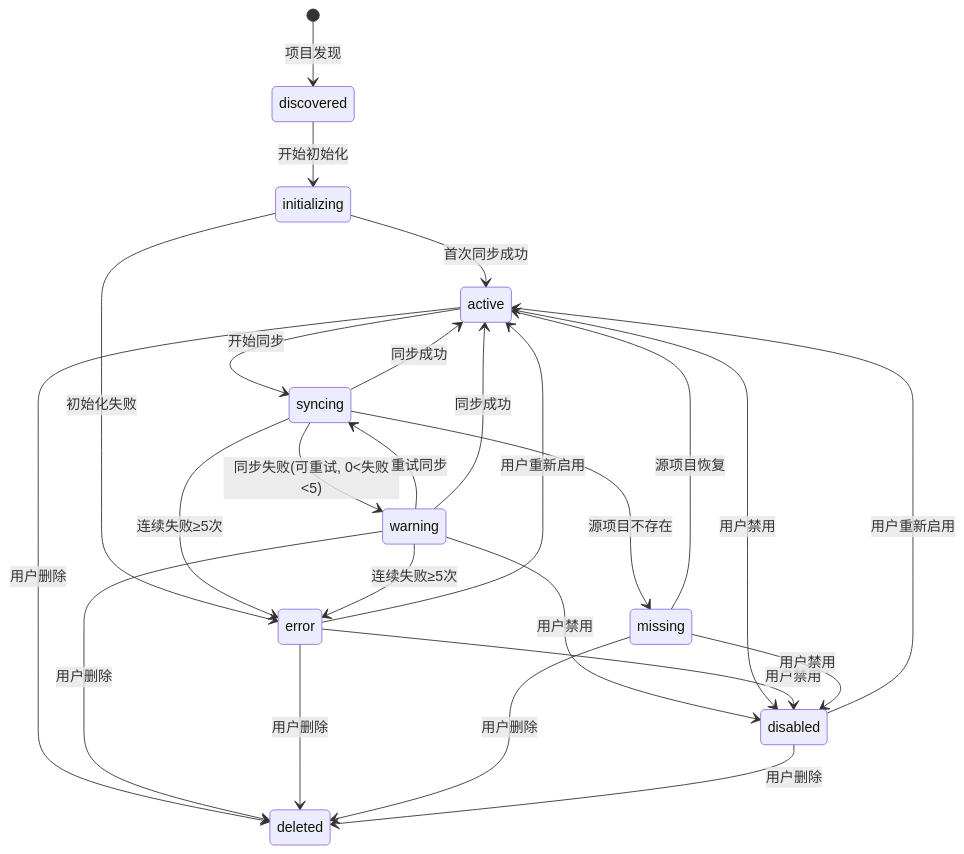
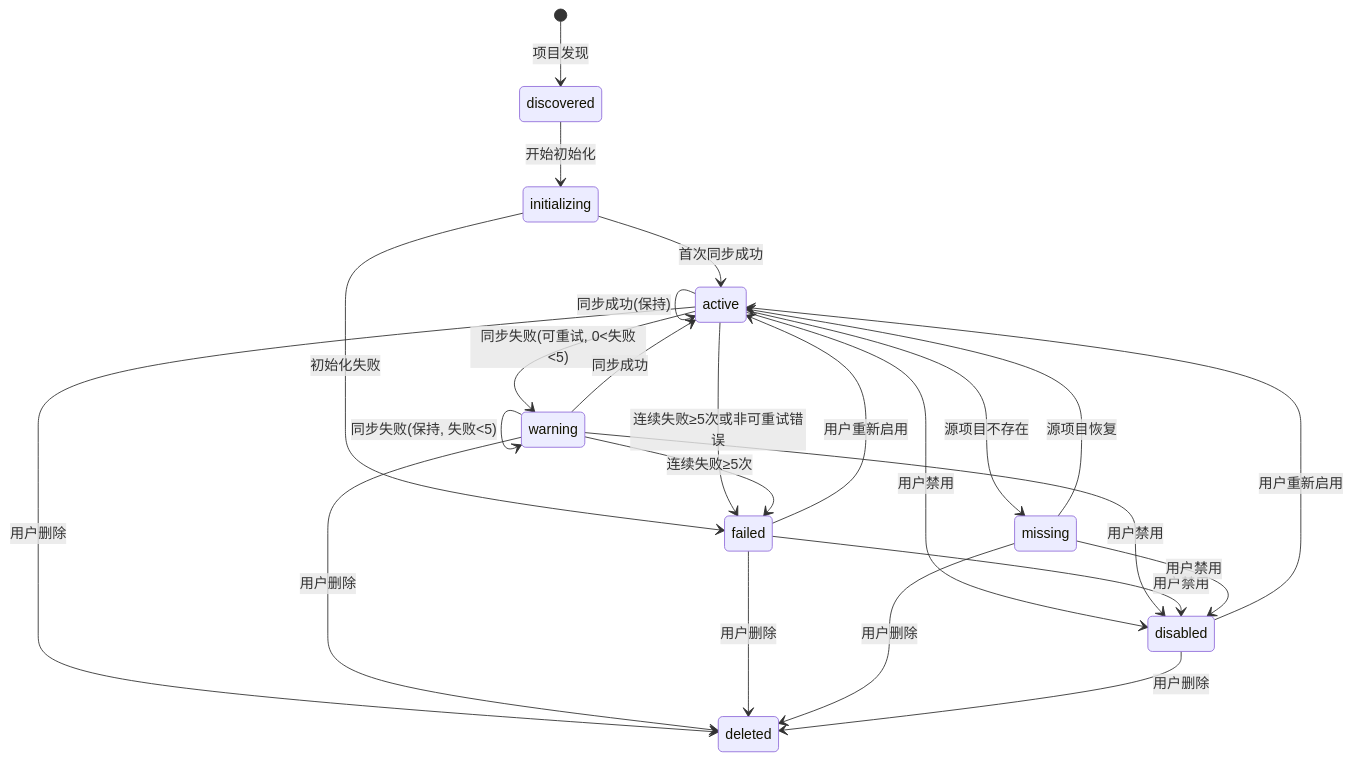
Before and after one commit to kylixs/gitlab-replicator: the first of 3 diagrams in docs/state-machine-design.md, drawn with Mermaid. The commit also changed other lines of this file, not shown here.

First line of the commit message:
docs(state): remove SYNCING status from state machine design

````diff
--- a/docs/state-machine-design.md
+++ b/docs/state-machine-design.md
@@ -33,34 +32,32 @@
 ```mermaid
 stateDiagram-v2
     [*] --> discovered: 项目发现
     discovered --> initializing: 开始初始化
     initializing --> active: 首次同步成功
-    initializing --> error: 初始化失败
+    initializing --> failed: 初始化失败
 
-    active --> syncing: 开始同步
-    syncing --> active: 同步成功
-    syncing --> warning: 同步失败(可重试, 0<失败<5)
-    syncing --> error: 连续失败≥5次
-    syncing --> missing: 源项目不存在
+    active --> active: 同步成功(保持)
+    active --> warning: 同步失败(可重试, 0<失败<5)
+    active --> failed: 连续失败≥5次或非可重试错误
+    active --> missing: 源项目不存在
+    active --> disabled: 用户禁用
 
-    warning --> syncing: 重试同步
     warning --> active: 同步成功
-    warning --> error: 连续失败≥5次
+    warning --> warning: 同步失败(保持, 失败<5)
+    warning --> failed: 连续失败≥5次
     warning --> disabled: 用户禁用
 
-    active --> disabled: 用户禁用
-
-    error --> active: 用户重新启用
-    error --> disabled: 用户禁用
+    failed --> active: 用户重新启用
+    failed --> disabled: 用户禁用
 
     missing --> active: 源项目恢复
     missing --> disabled: 用户禁用
 
     disabled --> active: 用户重新启用
 
     active --> deleted: 用户删除
     warning --> deleted: 用户删除
-    error --> deleted: 用户删除
+    failed --> deleted: 用户删除
     missing --> deleted: 用户删除
     disabled --> deleted: 用户删除
 ```
````
